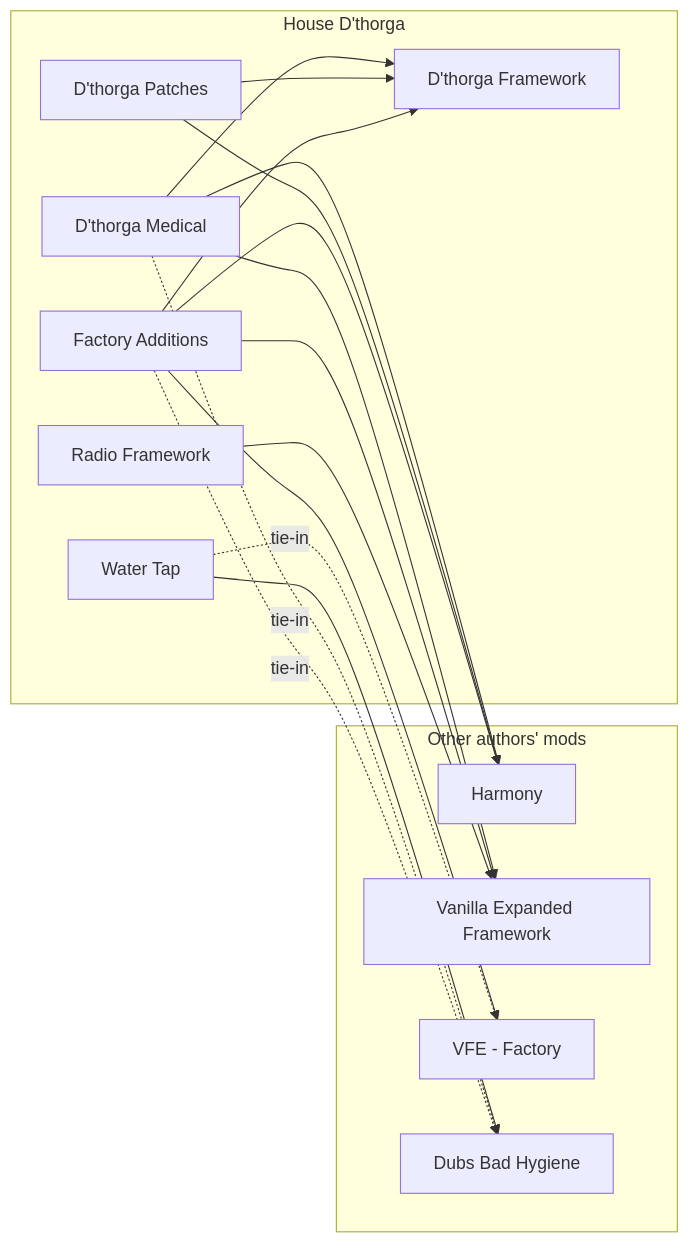
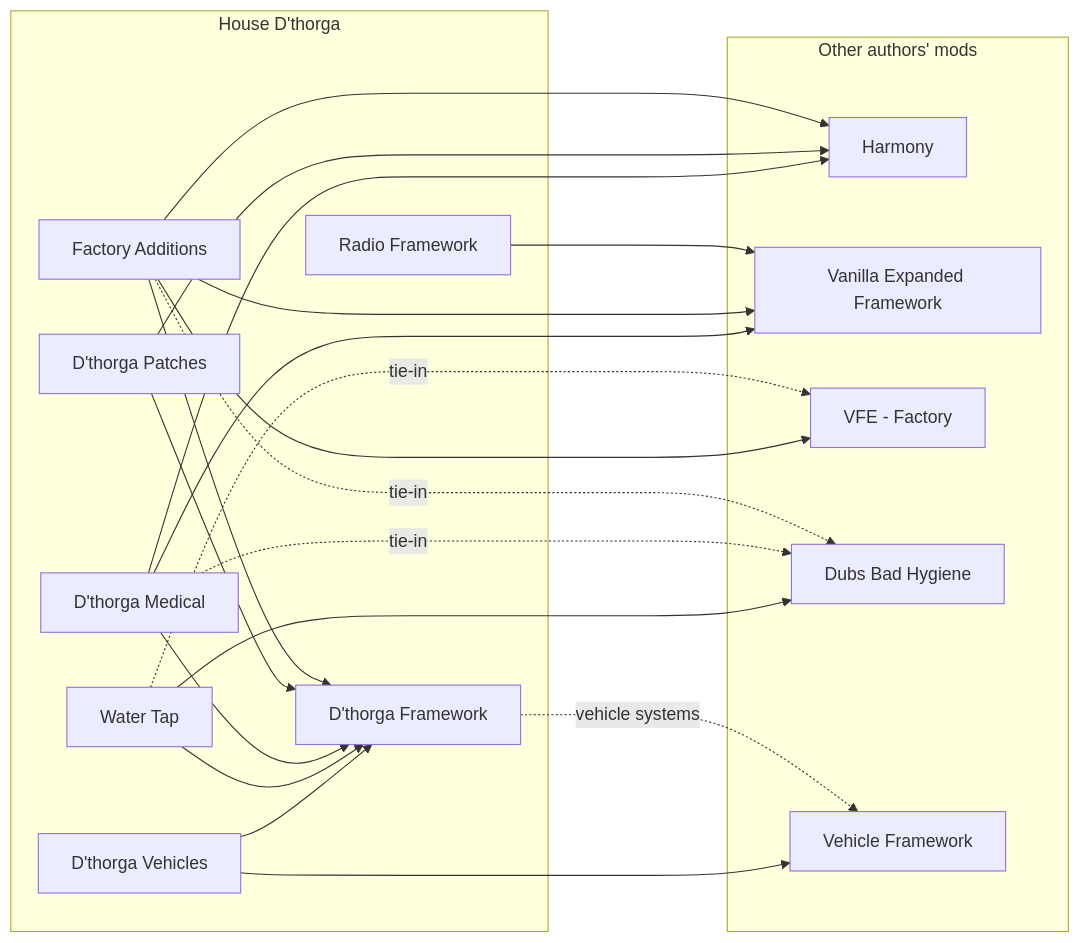
The diagram in README.md (phobos-dthorga/phobos-rimworld), drawn with Mermaid before and after one commit. The commit also changed other lines of this file and 44 other files, not shown here.

````diff
--- a/README.md
+++ b/README.md
@@ -35,31 +41,37 @@
 ```mermaid
 flowchart LR
     subgraph ours["House D'thorga"]
         Framework["D'thorga Framework"]
         Medical["D'thorga Medical"]
         Patches["D'thorga Patches"]
+        Vehicles["D'thorga Vehicles"]
         Factory["Factory Additions"]
         Tap["Water Tap"]
         Radio["Radio Framework"]
     end
     subgraph theirs["Other authors' mods"]
         Harmony["Harmony"]
         VEF["Vanilla Expanded Framework"]
         VFEF["VFE - Factory"]
         DBH["Dubs Bad Hygiene"]
+        VF["Vehicle Framework"]
     end
+    Vehicles --> Framework
+    Vehicles --> VF
+    Framework -. "vehicle systems" .-> VF
+    Tap --> Framework
     Medical --> Framework
     Patches --> Framework
     Factory --> Framework
     Medical --> Harmony
     Patches --> Harmony
     Factory --> Harmony
     Medical --> VEF
     Factory --> VEF
     Radio --> VEF
     Factory --> VFEF
     Tap --> DBH
     Medical -. "tie-in" .-> DBH
     Factory -. "tie-in" .-> DBH
     Tap -. "tie-in" .-> VFEF
 ```
````
